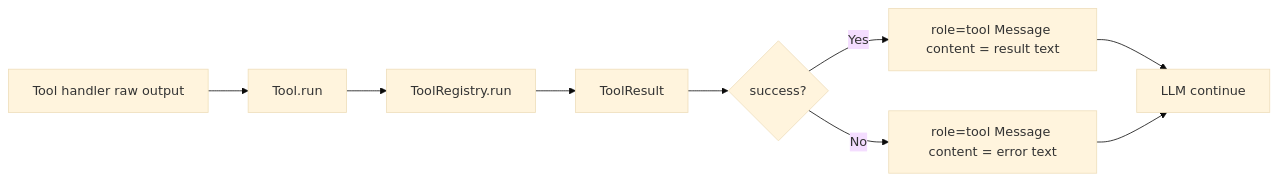
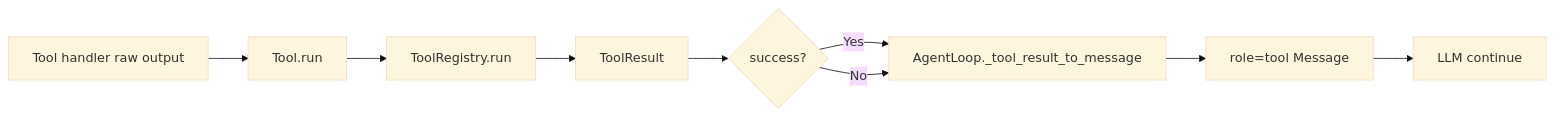
The fourth of 5 diagrams in README.md (nanhanq1/personal-coding-assistant), drawn with Mermaid (base theme) before and after one commit. The commit also changed other lines of this file and 11 other files, not shown here.

````diff
--- a/README.md
+++ b/README.md
@@ -80,11 +81,11 @@
 ```mermaid
 flowchart LR
     A["Tool handler raw output"] --> B["Tool.run"]
     B --> C["ToolRegistry.run"]
     C --> D["ToolResult"]
     D --> E{"success?"}
-    E -- "Yes" --> F["role=tool Message content = result text"]
-    E -- "No" --> G["role=tool Message content = error text"]
-    F --> H["LLM continue"]
-    G --> H
+    E -- "Yes" --> F["AgentLoop._tool_result_to_message"]
+    E -- "No" --> F
+    F --> G["role=tool Message"]
+    G --> H["LLM continue"]
 ```
````
